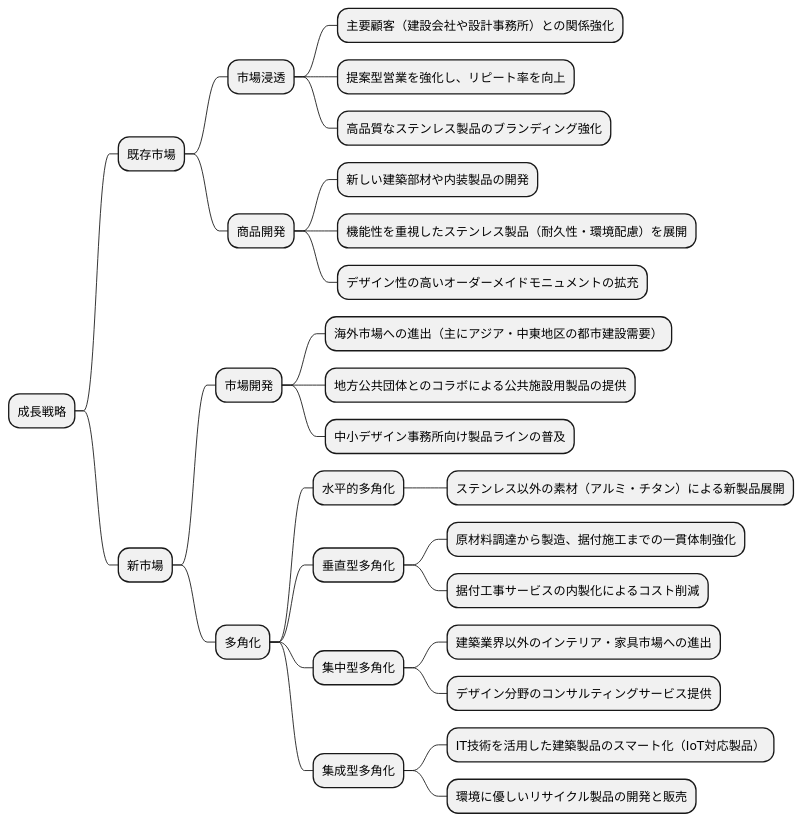
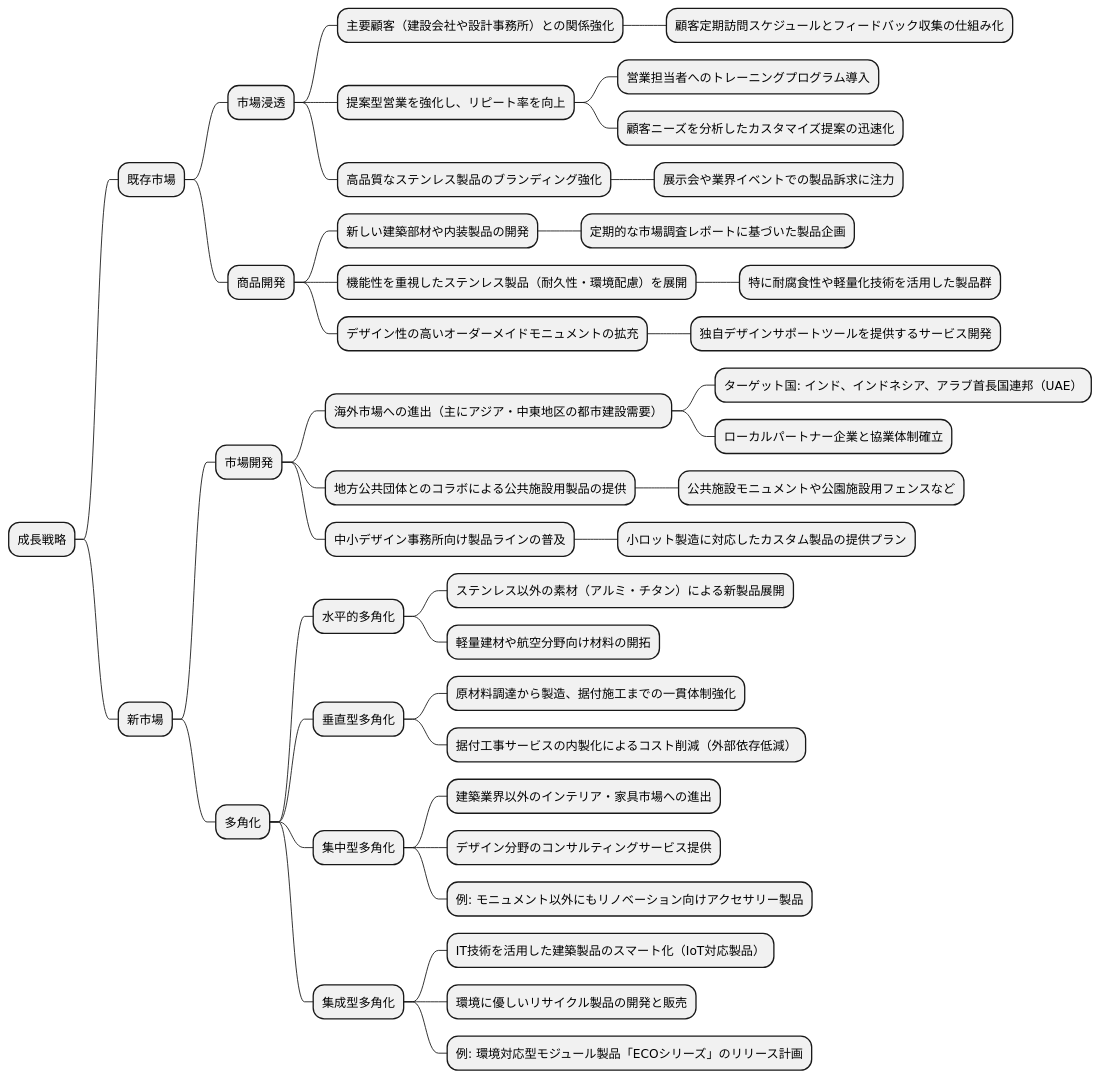
Before and after one commit to k2works/case-study-business-analysis: the sixth of 19 diagrams in docs/case/r02_case_3.adoc, drawn with PlantUML. The commit also changed other lines of this file, not shown here.

```diff
--- a/docs/case/r02_case_3.adoc
+++ b/docs/case/r02_case_3.adoc
@@ -236,34 +262,48 @@
 [plantuml]
 ----
 @startmindmap
 
 * 成長戦略
 ** 既存市場
 *** 市場浸透
 **** 主要顧客（建設会社や設計事務所）との関係強化
+***** 顧客定期訪問スケジュールとフィードバック収集の仕組み化
 **** 提案型営業を強化し、リピート率を向上
+***** 営業担当者へのトレーニングプログラム導入
+***** 顧客ニーズを分析したカスタマイズ提案の迅速化
 **** 高品質なステンレス製品のブランディング強化
+***** 展示会や業界イベントでの製品訴求に注力
 *** 商品開発
 **** 新しい建築部材や内装製品の開発
+***** 定期的な市場調査レポートに基づいた製品企画
 **** 機能性を重視したステンレス製品（耐久性・環境配慮）を展開
+***** 特に耐腐食性や軽量化技術を活用した製品群
 **** デザイン性の高いオーダーメイドモニュメントの拡充
+***** 独自デザインサポートツールを提供するサービス開発
 ** 新市場
 *** 市場開発
 **** 海外市場への進出（主にアジア・中東地区の都市建設需要）
+***** ターゲット国: インド、インドネシア、アラブ首長国連邦（UAE）
+***** ローカルパートナー企業と協業体制確立
 **** 地方公共団体とのコラボによる公共施設用製品の提供
+***** 公共施設モニュメントや公園施設用フェンスなど
 **** 中小デザイン事務所向け製品ラインの普及
+***** 小ロット製造に対応したカスタム製品の提供プラン
 *** 多角化
 **** 水平的多角化
 ***** ステンレス以外の素材（アルミ・チタン）による新製品展開
+***** 軽量建材や航空分野向け材料の開拓
 **** 垂直型多角化
 ***** 原材料調達から製造、据付施工までの一貫体制強化
-***** 据付工事サービスの内製化によるコスト削減
+***** 据付工事サービスの内製化によるコスト削減（外部依存低減）
 **** 集中型多角化
 ***** 建築業界以外のインテリア・家具市場への進出
 ***** デザイン分野のコンサルティングサービス提供
+***** 例: モニュメント以外にもリノベーション向けアクセサリー製品
 **** 集成型多角化
 ***** IT技術を活用した建築製品のスマート化（IoT対応製品）
 ***** 環境に優しいリサイクル製品の開発と販売
+***** 例: 環境対応型モジュール製品「ECOシリーズ」のリリース計画
 
 @endmindmap
 ----
```
